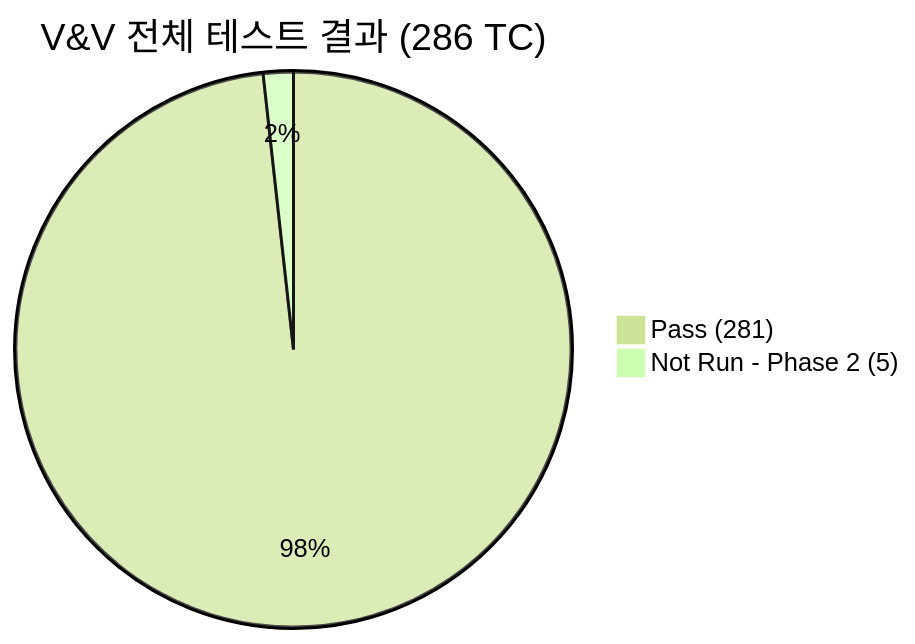
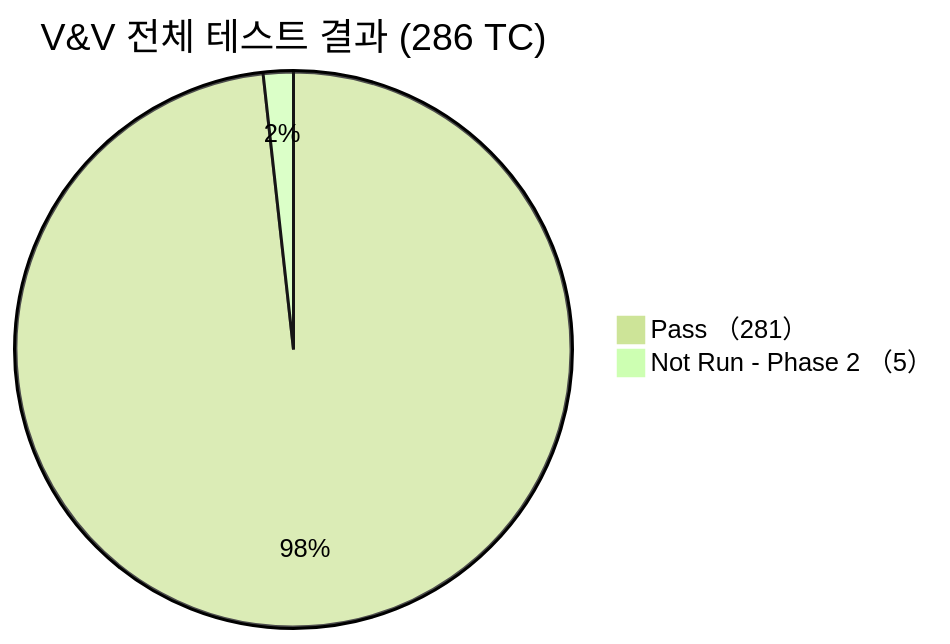
One commit to holee9/console-gui changed the first of 2 diagrams in docs/verification/DOC-025_VVSummary_v1.0.md. Above: the diagram before and after it, drawn with Mermaid (forest theme). The commit also changed 19 other files, not shown here.

First line of the commit message:
fix: quadrantChart/pie/timeline 등 비flowchart 차트 파싱 오류 전면 수정

````diff
--- a/docs/verification/DOC-025_VVSummary_v1.0.md
+++ b/docs/verification/DOC-025_VVSummary_v1.0.md
@@ -50,5 +50,5 @@
 ```mermaid
 pie title V&V 전체 테스트 결과 (286 TC)
-    "Pass (281)" : 281
-    "Not Run - Phase 2 (5)" : 5
+    "Pass （281）" : 281
+    "Not Run - Phase 2 （5）" : 5
 ```
````
